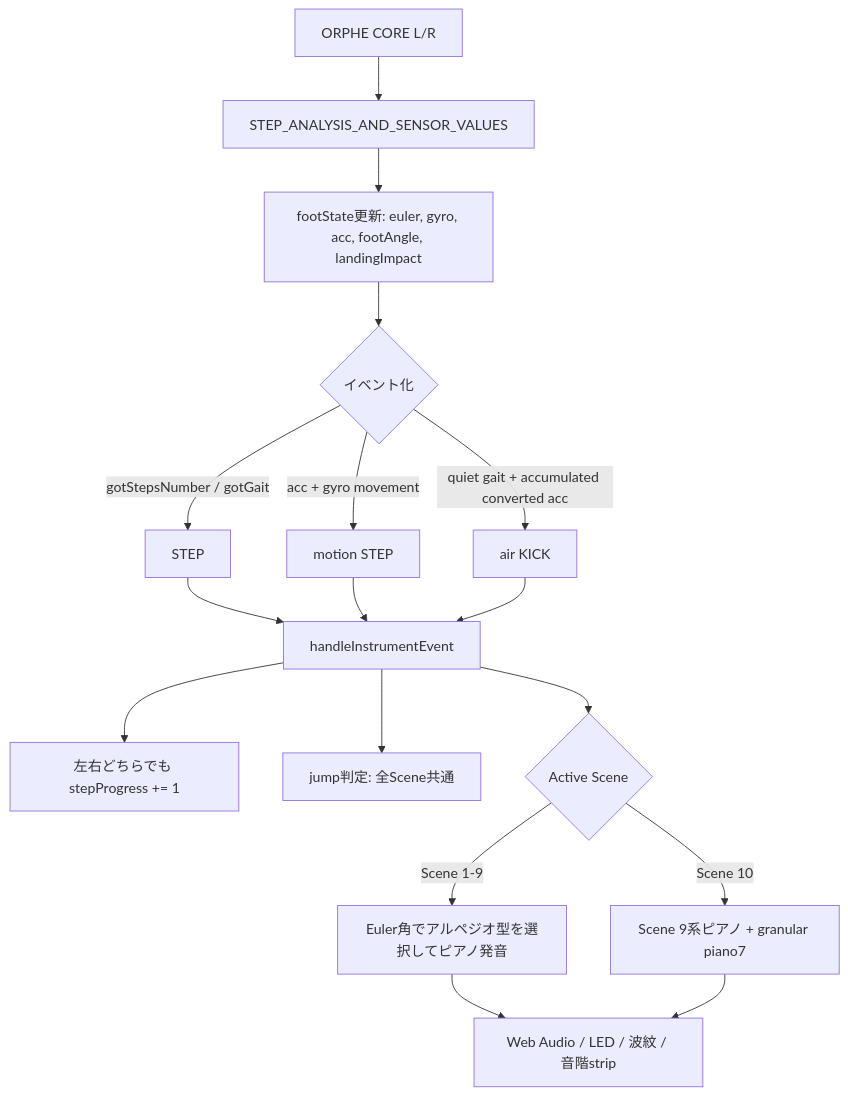
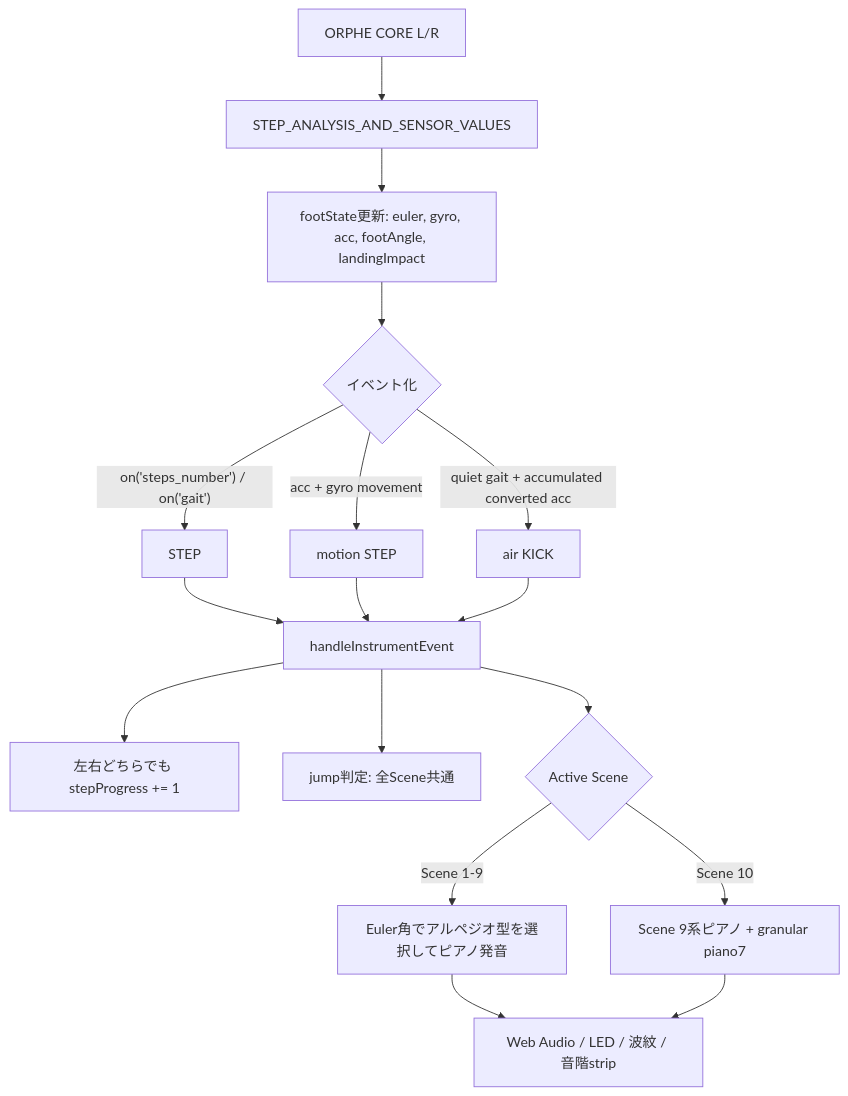
The first of 4 diagrams in ORPHE-PIANO/SPEC.md (Orphe-OSS/ORPHE-CORE-INSOLE.js-EXAMPLE), drawn with Mermaid before and after one commit. The commit also changed other lines of this file and 30 other files, not shown here.

````diff
--- a/ORPHE-PIANO/SPEC.md
+++ b/ORPHE-PIANO/SPEC.md
@@ -85,19 +85,19 @@
 ```mermaid
 flowchart TD
   A["ORPHE CORE L/R"] --> B["STEP_ANALYSIS_AND_SENSOR_VALUES"]
   B --> C["footState更新: euler, gyro, acc, footAngle, landingImpact"]
   C --> D{"イベント化"}
-  D -->|"gotStepsNumber / gotGait"| E["STEP"]
+  D -->|"on('steps_number') / on('gait')"| E["STEP"]
   D -->|"acc + gyro movement"| F["motion STEP"]
   D -->|"quiet gait + accumulated converted acc"| G["air KICK"]
   E --> H["handleInstrumentEvent"]
   F --> H
   G --> H
   H --> I["左右どちらでも stepProgress += 1"]
   H --> J["jump判定: 全Scene共通"]
   H --> K{"Active Scene"}
   K -->|"Scene 1-9"| L["Euler角でアルペジオ型を選択してピアノ発音"]
   K -->|"Scene 10"| M["Scene 9系ピアノ + granular piano7"]
   L --> N["Web Audio / LED / 波紋 / 音階strip"]
   M --> N
 ```
````
